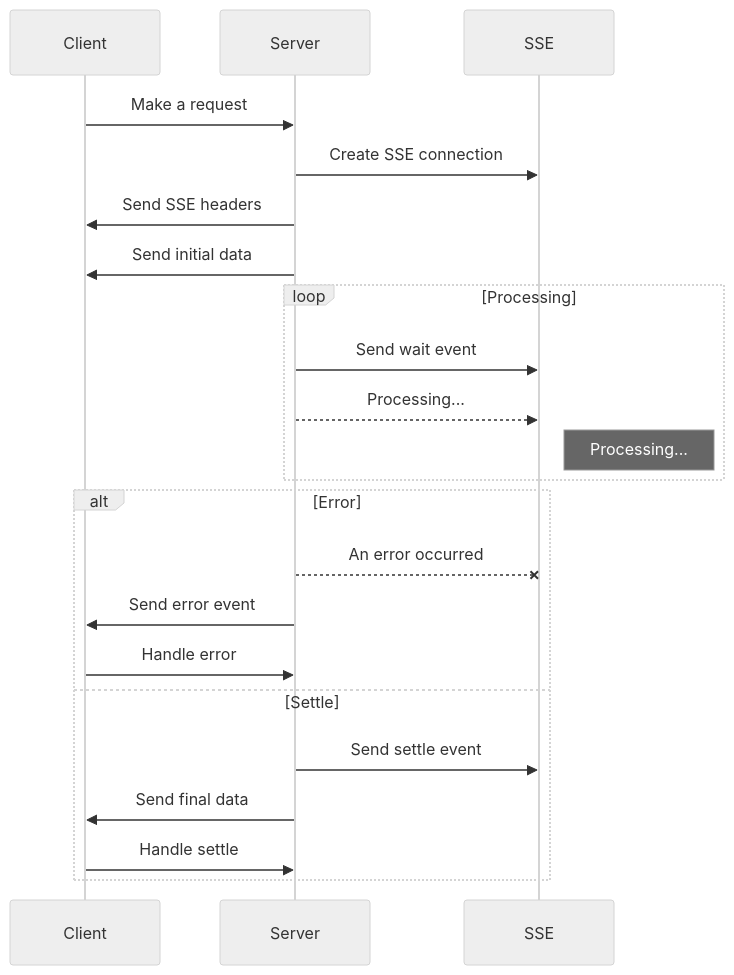
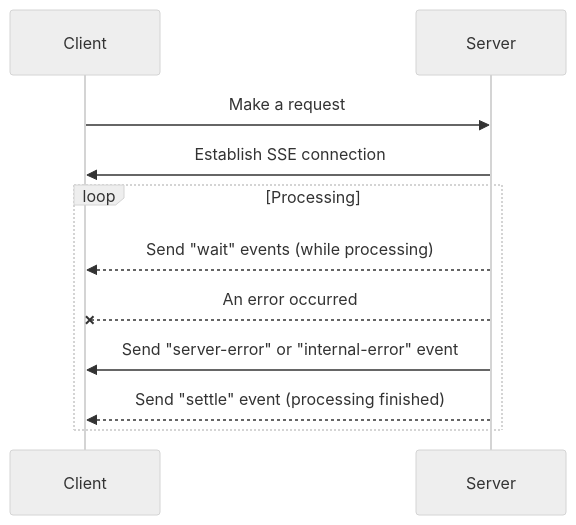
Before and after one commit to Neo-Ciber94/next-server-task: the diagram in README.md, drawn with Mermaid (neutral theme). The commit also changed other lines of this file and 1 other file, not shown here.

````diff
--- a/README.md
+++ b/README.md
@@ -7,27 +7,15 @@
 ```mermaid
 sequenceDiagram
     participant Client
     participant Server
-    participant SSE
 
     Client->>Server: Make a request
-    Server->>SSE: Create SSE connection
-    Server->>Client: Send SSE headers
-    Server->>Client: Send initial data
+    Server->>Client: Establish SSE connection
 
     loop Processing
-        Server->>SSE: Send wait event
-        Server-->>SSE: Processing...
-        Note right of SSE: Processing...
-    end
-
-    alt Error
-        Server--xSSE: An error occurred
-        Server->>Client: Send error event
-        Client->>Server: Handle error
-    else Settle
-        Server->>SSE: Send settle event
-        Server->>Client: Send final data
-        Client->>Server: Handle settle
+        Server-->>Client: Send "wait" events (while processing)
+        Server--xClient: An error occurred
+        Server->>Client: Send "server-error" or "internal-error" event
+        Server-->>Client: Send "settle" event (processing finished)
     end
 ```
````
